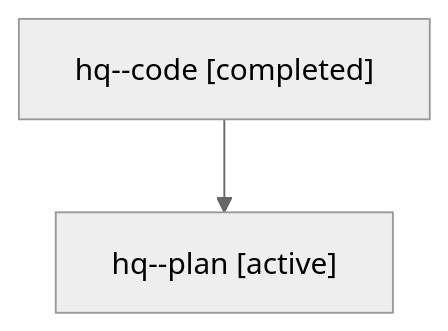
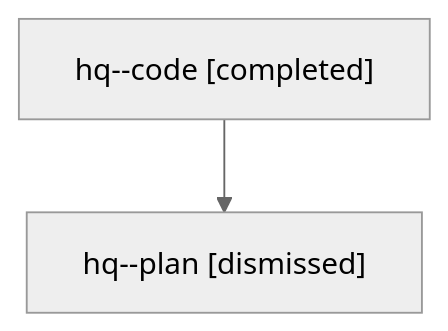
The diagram in sessions/bbugyi200.athena.hq.md (sase-org/sase--agents), drawn with Mermaid (neutral theme) before and after one commit. The commit also changed other lines of this file and 39 other files, not shown here.

````diff
--- a/sessions/bbugyi200.athena.hq.md
+++ b/sessions/bbugyi200.athena.hq.md
@@ -9,6 +9,6 @@
 ```mermaid
 flowchart TD
   n0["hq--code [completed]"]
-  n1["hq--plan [active]"]
+  n1["hq--plan [dismissed]"]
   n0 --> n1
 ```
````
